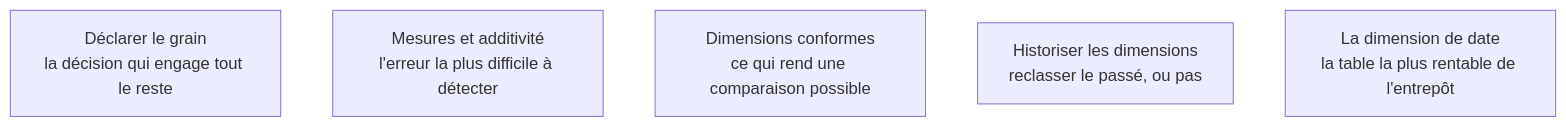
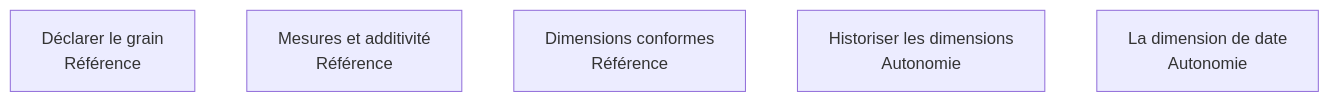
One commit to floSa/Atlas-Metiers-Roadmaps changed the diagram in content/parcours/bi-analyst/modelisation-dimensionnelle/index.md. Above: the diagram before and after it, drawn with Mermaid. The commit also changed 20 other files, not shown here.

````diff
--- a/content/parcours/bi-analyst/modelisation-dimensionnelle/index.md
+++ b/content/parcours/bi-analyst/modelisation-dimensionnelle/index.md
@@ -11,14 +11,14 @@
 ```mermaid
 flowchart TD
-  G["Déclarer le grain<br/>la décision qui engage tout le reste"]
-  M["Mesures et additivité<br/>l'erreur la plus difficile à détecter"]
-  C["Dimensions conformes<br/>ce qui rend une comparaison possible"]
-  H["Historiser les dimensions<br/>reclasser le passé, ou pas"]
-  D["La dimension de date<br/>la table la plus rentable de l'entrepôt"]
+  G["Déclarer le grain<br/>Référence"]
+  M["Mesures et additivité<br/>Référence"]
+  C["Dimensions conformes<br/>Référence"]
+  H["Historiser les dimensions<br/>Autonomie"]
+  D["La dimension de date<br/>Autonomie"]
 
   click G "/parcours/bi-analyst/modelisation-dimensionnelle/declarer-le-grain"
   click M "/parcours/bi-analyst/modelisation-dimensionnelle/mesures-et-additivite"
   click C "/parcours/bi-analyst/modelisation-dimensionnelle/dimensions-conformes"
   click H "/parcours/bi-analyst/modelisation-dimensionnelle/historiser-les-dimensions"
   click D "/parcours/bi-analyst/modelisation-dimensionnelle/la-dimension-de-date"
 ```
````
